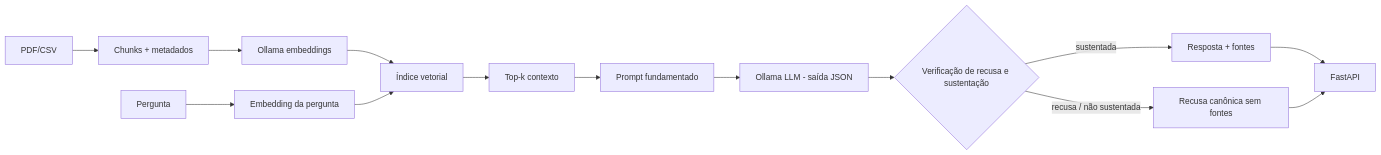
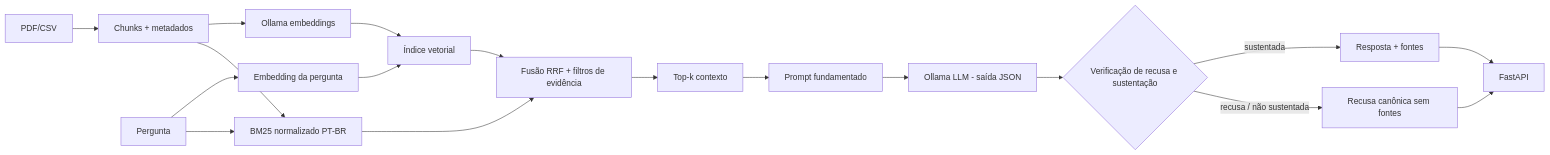
The diagram in ARQUITETURA.md (berger33/Projeto), drawn with Mermaid before and after one commit. The commit also changed other lines of this file and 11 other files, not shown here.

````diff
--- a/ARQUITETURA.md
+++ b/ARQUITETURA.md
@@ -28,16 +30,20 @@
 ```mermaid
 flowchart LR
     D[PDF/CSV] --> C[Chunks + metadados]
     C --> E[Ollama embeddings]
     E --> V[Índice vetorial]
     Q[Pergunta] --> QE[Embedding da pergunta]
     QE --> V
-    V --> R[Top-k contexto]
+    Q --> B[BM25 normalizado PT-BR]
+    C --> B
+    V --> F[Fusão RRF + filtros de evidência]
+    B --> F
+    F --> R[Top-k contexto]
     R --> P[Prompt fundamentado]
     P --> L[Ollama LLM - saída JSON]
     L --> J{Verificação de recusa e sustentação}
     J -->|sustentada| A[Resposta + fontes]
     J -->|recusa / não sustentada| N[Recusa canônica sem fontes]
     A --> API[FastAPI]
     N --> API
 ```
````
